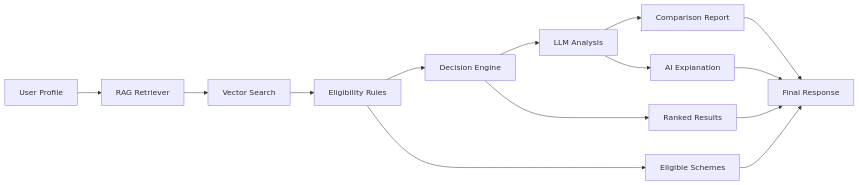
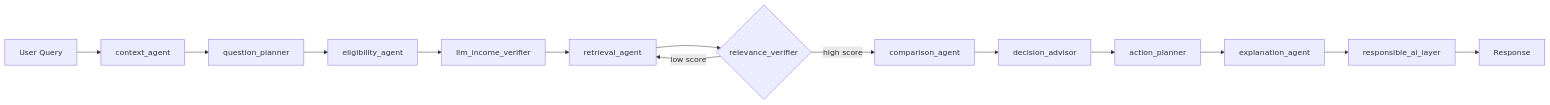
Before and after one commit to faridabachir769-code/USAII_GlobalAI-Hackathon-2026_ScholarAI: the diagram in README.md, drawn with Mermaid. The commit also changed other lines of this file, not shown here.

Commit message:
Update README with complete quick start, architecture, and setup instructions

````diff
--- a/README.md
+++ b/README.md
@@ -81,19 +376,16 @@
 ```mermaid
 flowchart LR
-    A[User Profile] --> B[RAG Retriever]
-    B --> C[Vector Search]
-    C --> D[Eligibility Rules]
-
-    D --> E[Decision Engine]
-    E --> F[LLM Analysis]
-    F --> G[Comparison Report]
-
-    D --> H[Eligible Schemes]
-    E --> I[Ranked Results]
-    F --> J[AI Explanation]
-
-    G --> K[Final Response]
-    H --> K
-    I --> K
-    J --> K
+    A[User Query] --> B[context_agent]
+    B --> C[question_planner]
+    C --> D[eligibility_agent]
+    D --> E[llm_income_verifier]
+    E --> F[retrieval_agent]
+    F --> G{relevance_verifier}
+    G -- low score --> F
+    G -- high score --> H[comparison_agent]
+    H --> I[decision_advisor]
+    I --> J[action_planner]
+    J --> K[explanation_agent]
+    K --> L[responsible_ai_layer]
+    L --> M[Response]
 ```
````
